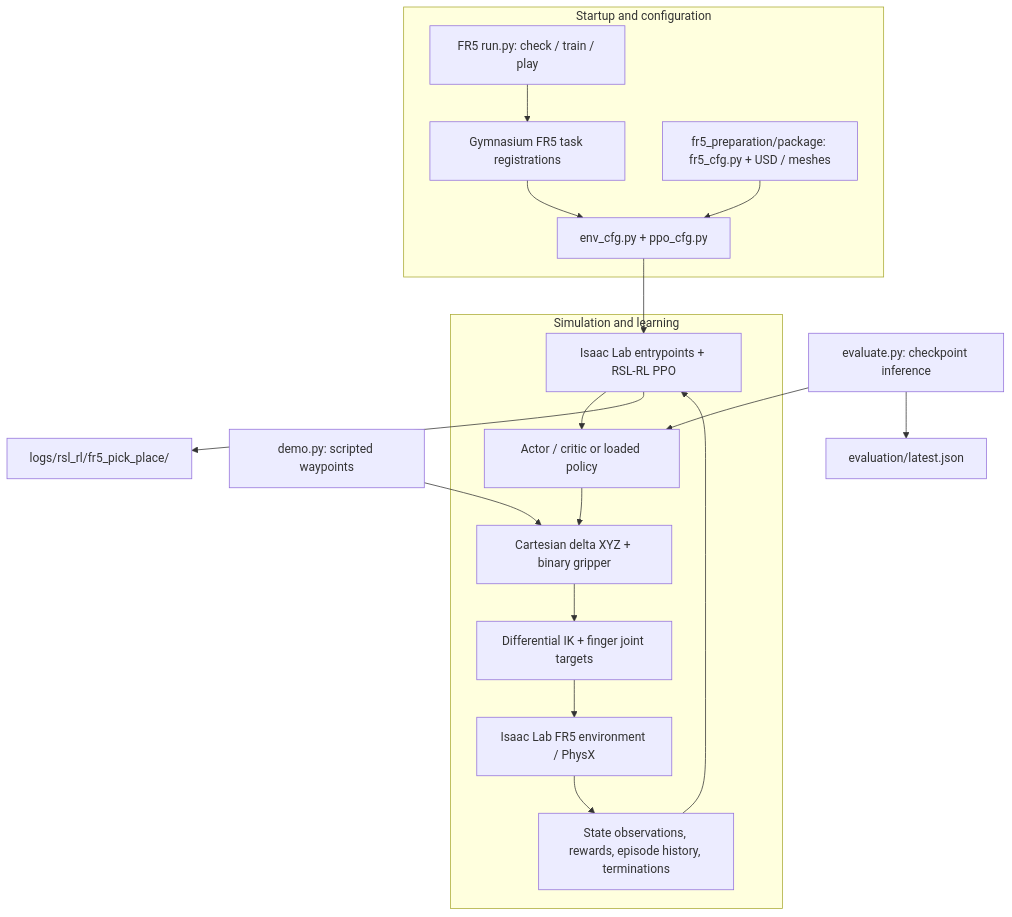
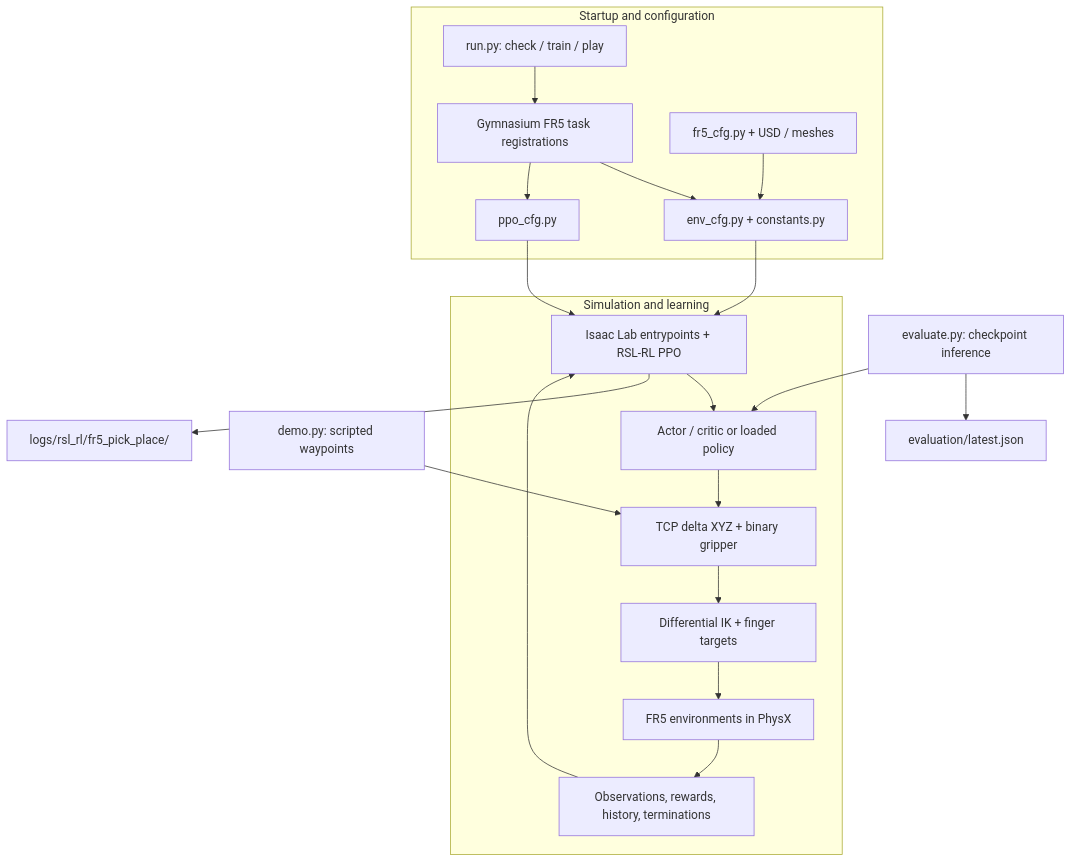
Before and after one commit to danhyoyo/isaaclab-fr5-arm-pick-place-rl: the diagram in README.md, drawn with Mermaid. The commit also changed other lines of this file and 189 other files, not shown here.

````diff
--- a/README.md
+++ b/README.md
@@ -69,31 +75,36 @@
 ```mermaid
 flowchart TB
     subgraph Startup["Startup and configuration"]
-        CLI["FR5 run.py: check / train / play"]
+        CLI["run.py: check / train / play"]
         Registry["Gymnasium FR5 task registrations"]
-        Config["env_cfg.py + ppo_cfg.py"]
-        Assets["fr5_preparation/package: fr5_cfg.py + USD / meshes"]
+        EnvCfg["env_cfg.py + constants.py"]
+        PPOCfg["ppo_cfg.py"]
+        Assets["fr5_cfg.py + USD / meshes"]
         CLI --> Registry
-        Registry --> Config
-        Assets --> Config
+        Registry --> EnvCfg
+        Registry --> PPOCfg
+        Assets --> EnvCfg
     end
+
     subgraph Runtime["Simulation and learning"]
         Runner["Isaac Lab entrypoints + RSL-RL PPO"]
         Policy["Actor / critic or loaded policy"]
-        Actions["Cartesian delta XYZ + binary gripper"]
-        IK["Differential IK + finger joint targets"]
-        Sim["Isaac Lab FR5 environment / PhysX"]
-        MDP["State observations, rewards, episode history, terminations"]
+        Actions["TCP delta XYZ + binary gripper"]
+        IK["Differential IK + finger targets"]
+        Sim["FR5 environments in PhysX"]
+        MDP["Observations, rewards, history, terminations"]
         Runner --> Policy
         Policy --> Actions
         Actions --> IK
         IK --> Sim
         Sim --> MDP
         MDP --> Runner
     end
-    Config --> Runner
+
+    EnvCfg --> Runner
+    PPOCfg --> Runner
     Demo["demo.py: scripted waypoints"] --> Actions
     Eval["evaluate.py: checkpoint inference"] --> Policy
     Runner --> Checkpoints["logs/rsl_rl/fr5_pick_place/"]
     Eval --> Report["evaluation/latest.json"]
 ```
````
